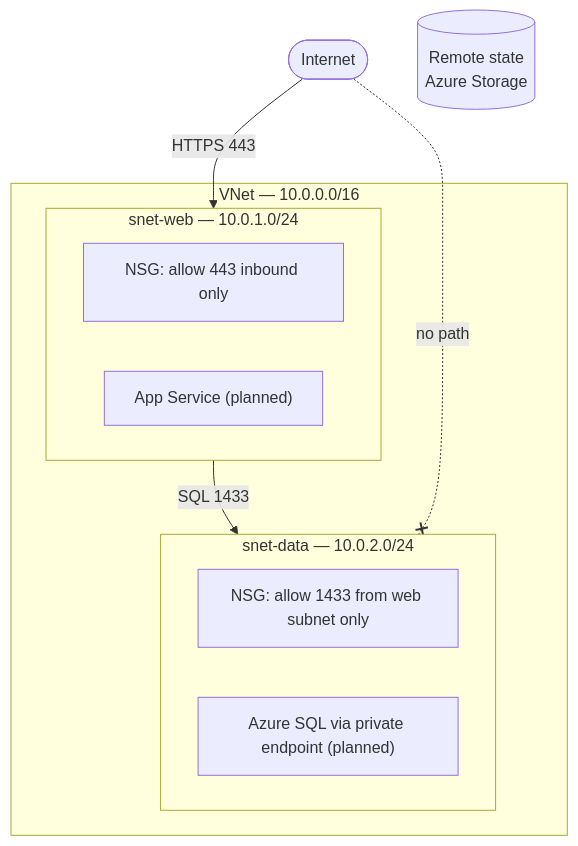
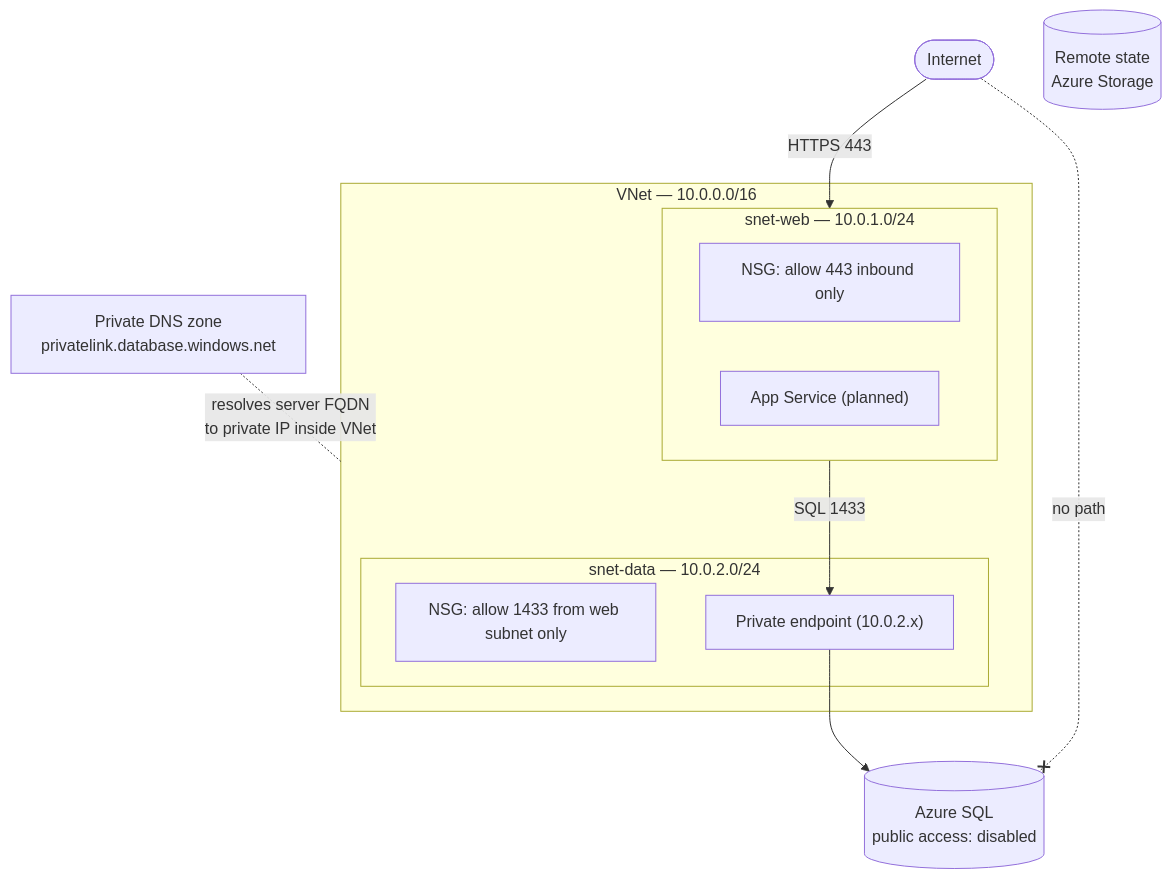
Before and after one commit to MollyMadel3ine/azure-webapp-iac: the diagram in README.md, drawn with Mermaid. The commit also changed other lines of this file, not shown here.

Commit message:
Update README for database module:diagram, design decisions, cost

````diff
--- a/README.md
+++ b/README.md
@@ -9,21 +9,25 @@
 ```mermaid
 flowchart TB
     inet([Internet])
 
     subgraph vnet["VNet — 10.0.0.0/16"]
         subgraph web["snet-web — 10.0.1.0/24"]
             nsgw["NSG: allow 443 inbound only"]
             app["App Service (planned)"]
         end
         subgraph data["snet-data — 10.0.2.0/24"]
             nsgd["NSG: allow 1433 from web subnet only"]
-            sql["Azure SQL via private endpoint (planned)"]
+            pe["Private endpoint (10.0.2.x)"]
         end
     end
 
+    sql[("Azure SQL<br/>public access: disabled")]
+    dns["Private DNS zone<br/>privatelink.database.windows.net"]
     state[("Remote state<br/>Azure Storage")]
 
     inet -- "HTTPS 443" --> web
-    web -- "SQL 1433" --> data
-    inet -. "no path" .-x data
+    web -- "SQL 1433" --> pe
+    pe --> sql
+    dns -. "resolves server FQDN<br/>to private IP inside VNet" .- vnet
+    inet -. "no path" .-x sql
 ```
````
